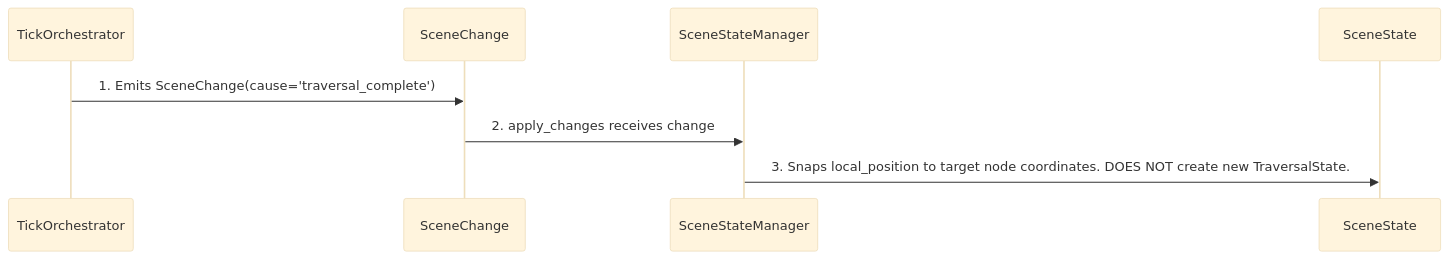
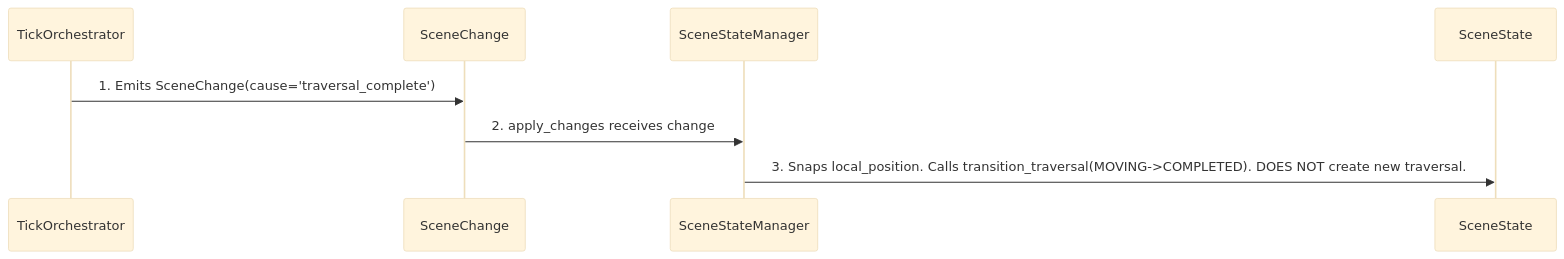
Diagram 29 of 34 in docs/ARCHITECTURE_FLOW_GENERATED.md (4Um4/Enigma), drawn with Mermaid (base theme) before and after one commit. The commit also changed other lines of this file and 55 other files, not shown here.

````diff
--- a/docs/ARCHITECTURE_FLOW_GENERATED.md
+++ b/docs/ARCHITECTURE_FLOW_GENERATED.md
@@ -1008,10 +1074,10 @@
 ```mermaid
 sequenceDiagram
 participant TickOrchestrator
 participant SceneChange
 participant SceneStateManager
 participant SceneState
 TickOrchestrator->>SceneChange: 1. Emits SceneChange(cause='traversal_complete')
 SceneChange->>SceneStateManager: 2. apply_changes receives change
-SceneStateManager->>SceneState: 3. Snaps local_position to target node coordinates. DOES NOT create new TraversalState.
+SceneStateManager->>SceneState: 3. Snaps local_position. Calls transition_traversal(MOVING->COMPLETED). DOES NOT create new traversal.
 ```
````
